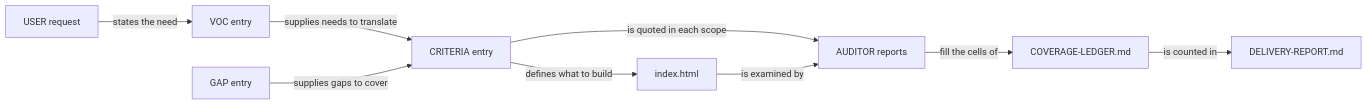
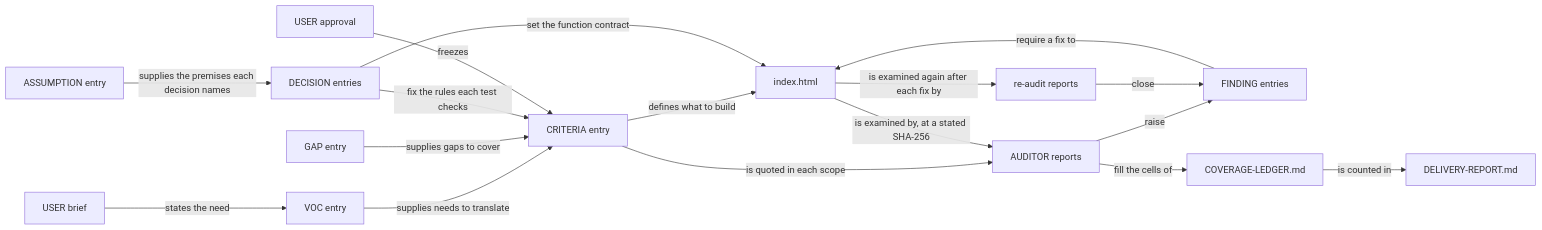
Before and after one commit to CatCorner22/devin: the diagram in skills/hinshitsu/example/run/CONNECTIONS.md, drawn with Mermaid. The commit also changed other lines of this file and 4 other files, not shown here.

Commit message:
example run: fixes for F-1 to F-7 — assumptions v2, reconciliation of 60 points, decisions D-4 to D-7, criteria v2 (C1 to C8, PROPOSED), framework, session state, mind map, connections

````diff
--- a/skills/hinshitsu/example/run/CONNECTIONS.md
+++ b/skills/hinshitsu/example/run/CONNECTIONS.md
@@ -5,11 +5,19 @@
 ```mermaid
 graph LR
-  REQ[USER request] -->|states the need| VOC[VOC entry]
-  VOC -->|supplies needs to translate| CRIT[CRITERIA entry]
-  GAP[GAP entry] -->|supplies gaps to cover| CRIT
-  CRIT -->|defines what to build| PAGE[index.html]
-  CRIT -->|is quoted in each scope| AUD[AUDITOR reports]
-  PAGE -->|is examined by| AUD
-  AUD -->|fill the cells of| LEDGER[COVERAGE-LEDGER.md]
-  LEDGER -->|is counted in| REPORT[DELIVERY-REPORT.md]
+  N1[USER brief] -->|states the need| N2[VOC entry]
+  N2[VOC entry] -->|supplies needs to translate| N3[CRITERIA entry]
+  N4[GAP entry] -->|supplies gaps to cover| N3[CRITERIA entry]
+  N5[ASSUMPTION entry] -->|supplies the premises each decision names| N6[DECISION entries]
+  N6[DECISION entries] -->|fix the rules each test checks| N3[CRITERIA entry]
+  N7[USER approval] -->|freezes| N3[CRITERIA entry]
+  N3[CRITERIA entry] -->|defines what to build| N8[index.html]
+  N6[DECISION entries] -->|set the function contract| N8[index.html]
+  N3[CRITERIA entry] -->|is quoted in each scope| N9[AUDITOR reports]
+  N8[index.html] -->|is examined by, at a stated SHA-256| N9[AUDITOR reports]
+  N9[AUDITOR reports] -->|raise| N10[FINDING entries]
+  N10[FINDING entries] -->|require a fix to| N8[index.html]
+  N8[index.html] -->|is examined again after each fix by| N11[re-audit reports]
+  N11[re-audit reports] -->|close| N10[FINDING entries]
+  N9[AUDITOR reports] -->|fill the cells of| N12[COVERAGE-LEDGER.md]
+  N12[COVERAGE-LEDGER.md] -->|is counted in| N13[DELIVERY-REPORT.md]
 ```
````
